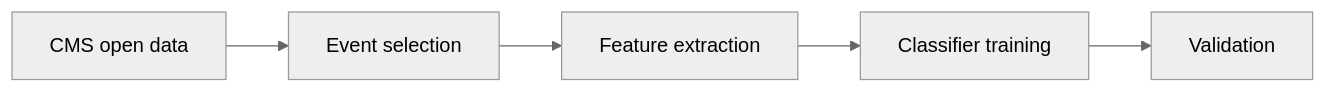
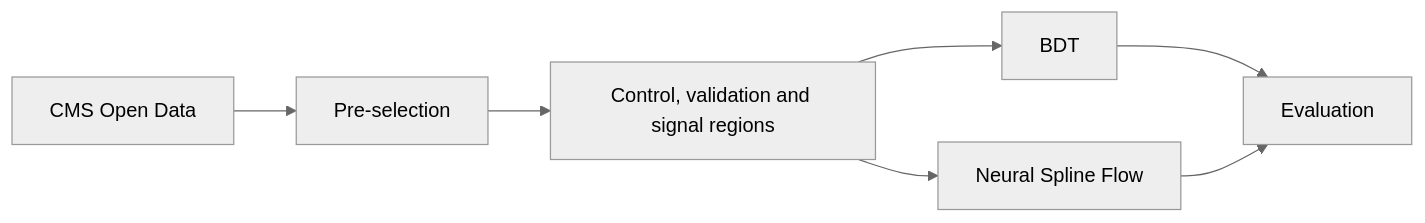
Before and after one commit to Trace-Zero/trace-zero.github.io: the diagram in _pages/about.md, drawn with Mermaid (neutral theme). The commit also changed other lines of this file, not shown here.

````diff
--- a/_pages/about.md
+++ b/_pages/about.md
@@ -32,7 +35,9 @@
 ```mermaid
 graph LR
-A[CMS open data] --> B[Event selection]
-B --> C[Feature extraction]
-C --> D[Classifier training]
-D --> E[Validation]
+A[CMS Open Data] --> B[Pre-selection]
+B --> C[Control, validation and signal regions]
+C --> D[BDT]
+C --> E[Neural Spline Flow]
+D --> F[Evaluation]
+E --> F
 ```
````
